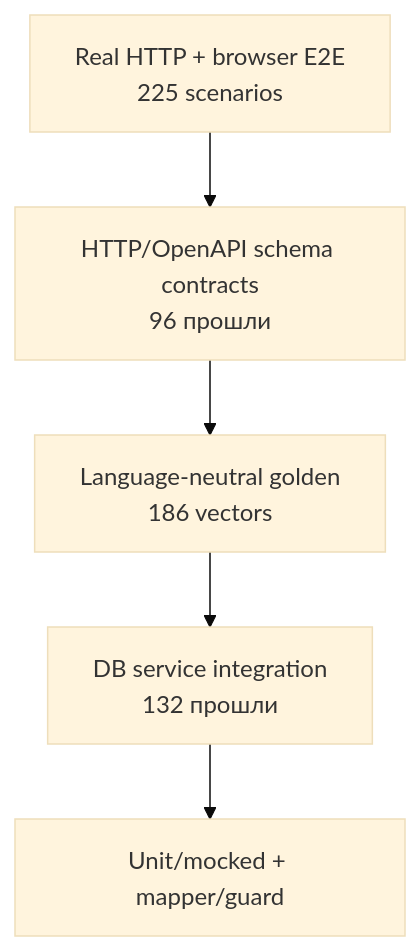
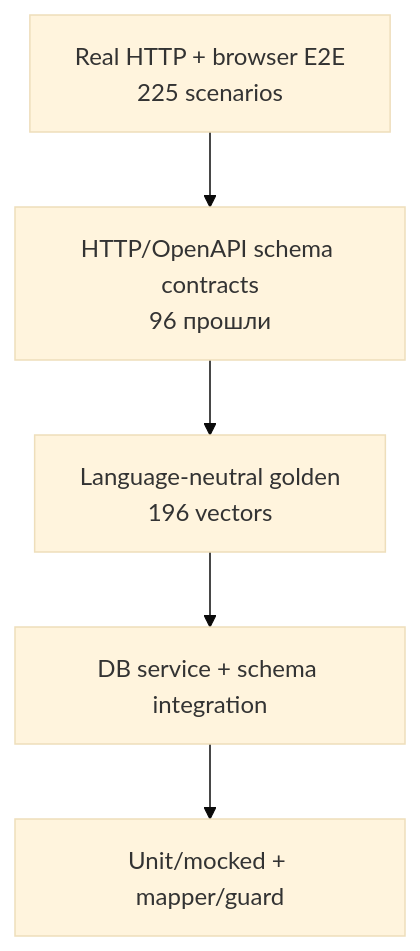
The diagram in docs/architecture/07-testing-and-quality.md (b4s1l3k/oh-my-slopwise), drawn with Mermaid (base theme) before and after one commit. The commit also changed other lines of this file and 174 other files, not shown here.

Commit message:
refactor architecture and database baseline

````diff
--- a/docs/architecture/07-testing-and-quality.md
+++ b/docs/architecture/07-testing-and-quality.md
@@ -179,10 +179,10 @@
 ```mermaid
 flowchart TB
     e2e[Real HTTP + browser E2E\n225 scenarios]
     runtime[HTTP/OpenAPI schema contracts\n96 прошли]
-    golden[Language-neutral golden\n186 vectors]
-    db[DB service integration\n132 прошли]
+    golden[Language-neutral golden\n196 vectors]
+    db[DB service + schema integration]
     unit[Unit/mocked + mapper/guard]
 
     e2e --> runtime --> golden --> db --> unit
 ```
````
